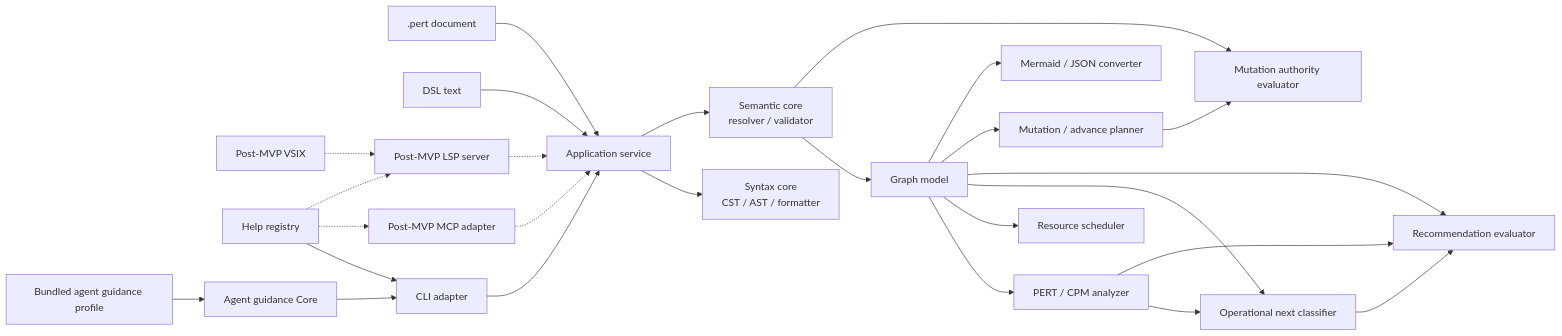
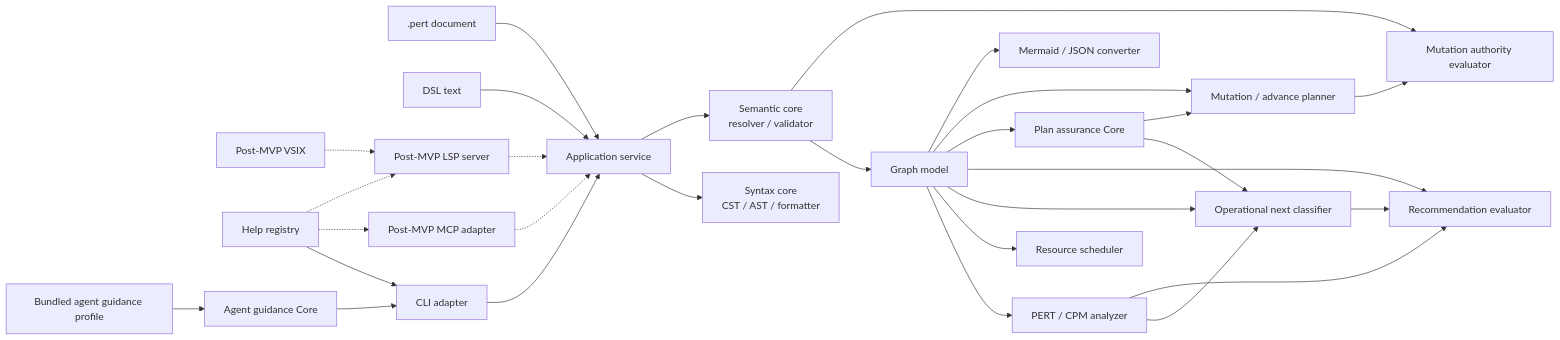
Before and after one commit to mako10k/perttool: the diagram in docs/basic-design.md, drawn with Mermaid. The commit also changed other lines of this file and 9 other files, not shown here.

Commit message:
Document conditional plan assurance design

````diff
--- a/docs/basic-design.md
+++ b/docs/basic-design.md
@@ -84,32 +92,35 @@
 ```mermaid
 flowchart LR
   FILE[.pert document] --> APP[Application service]
   TEXT[DSL text] --> APP
 
   APP --> SYNTAX[Syntax core<br/>CST / AST / formatter]
   APP --> SEMANTIC[Semantic core<br/>resolver / validator]
   SEMANTIC --> GRAPH[Graph model]
   GRAPH --> ANALYZER[PERT / CPM analyzer]
   GRAPH --> SCHEDULER[Resource scheduler]
   GRAPH --> NEXT[Operational next classifier]
   ANALYZER --> NEXT
   GRAPH --> RECOMMEND[Recommendation evaluator]
+  GRAPH --> ASSURANCE[Plan assurance Core]
+  ASSURANCE --> NEXT
+  ASSURANCE --> TRANSFORM
   NEXT --> RECOMMEND
   ANALYZER --> RECOMMEND
   GRAPH --> TRANSFORM[Mutation / advance planner]
   SEMANTIC --> GOVERNANCE[Mutation authority evaluator]
   TRANSFORM --> GOVERNANCE
   GRAPH --> CONVERTER[Mermaid / JSON converter]
 
   CLI[CLI adapter] --> APP
   MCP[Post-MVP MCP adapter] -.-> APP
   LSP[Post-MVP LSP server] -.-> APP
   VSIX[Post-MVP VSIX] -.-> LSP
 
   HELP[Help registry] --> CLI
   HELP -.-> MCP
   HELP -.-> LSP
 
   PROFILE[Bundled agent guidance profile] --> GUIDANCE[Agent guidance Core]
   GUIDANCE --> CLI
 ```
````
